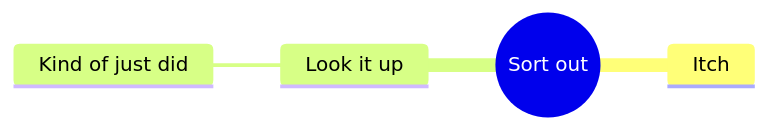
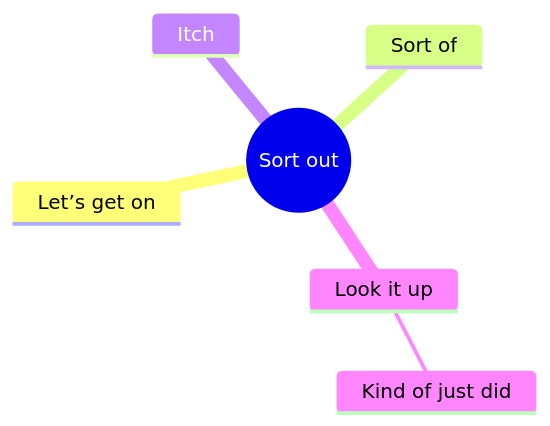
One commit to AndreMaria/english-2026 changed the diagram in sort-out.md. Above: the diagram before and after it, drawn with Mermaid. The commit also changed 12 other files, not shown here.

````diff
--- a/sort-out.md
+++ b/sort-out.md
@@ -9,7 +9,9 @@
 ``` mermaid
 mindmap
   root((Sort out))
+        Let’s get on
+        Sort of
         Itch
         Look it up
           Kind of just did
 ```
````
